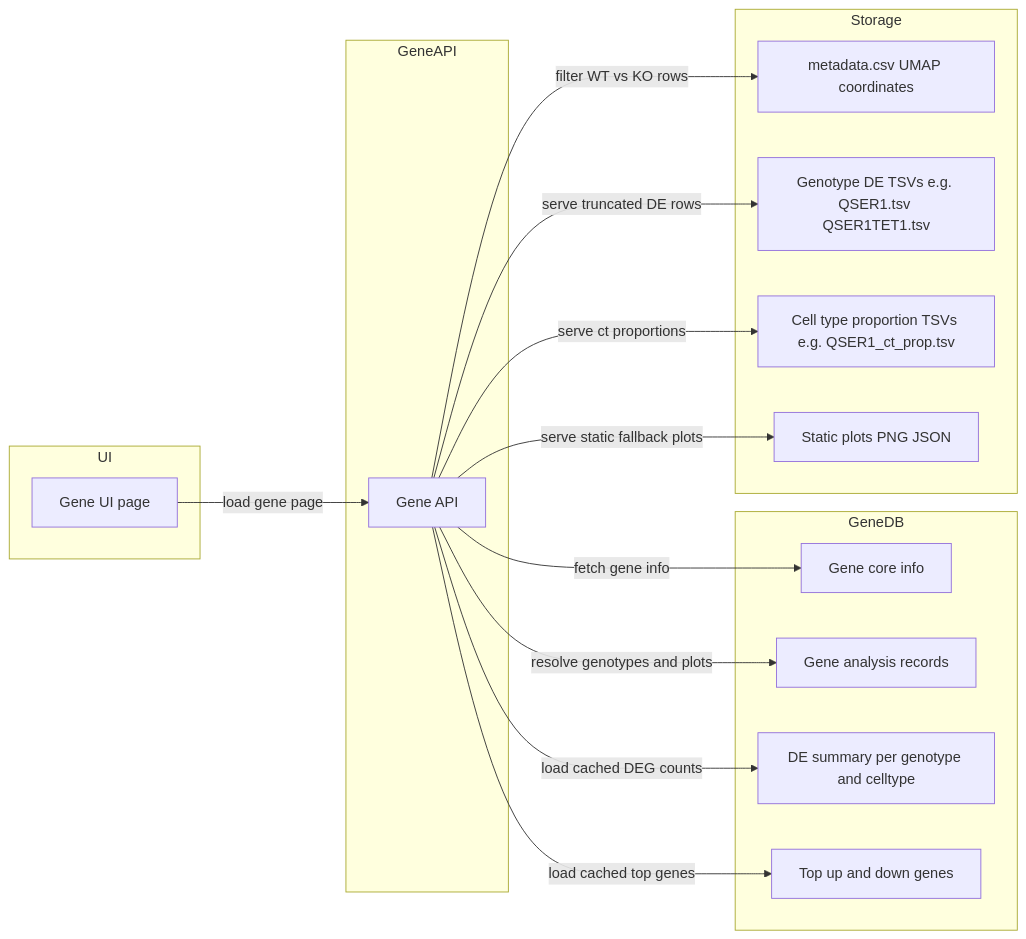
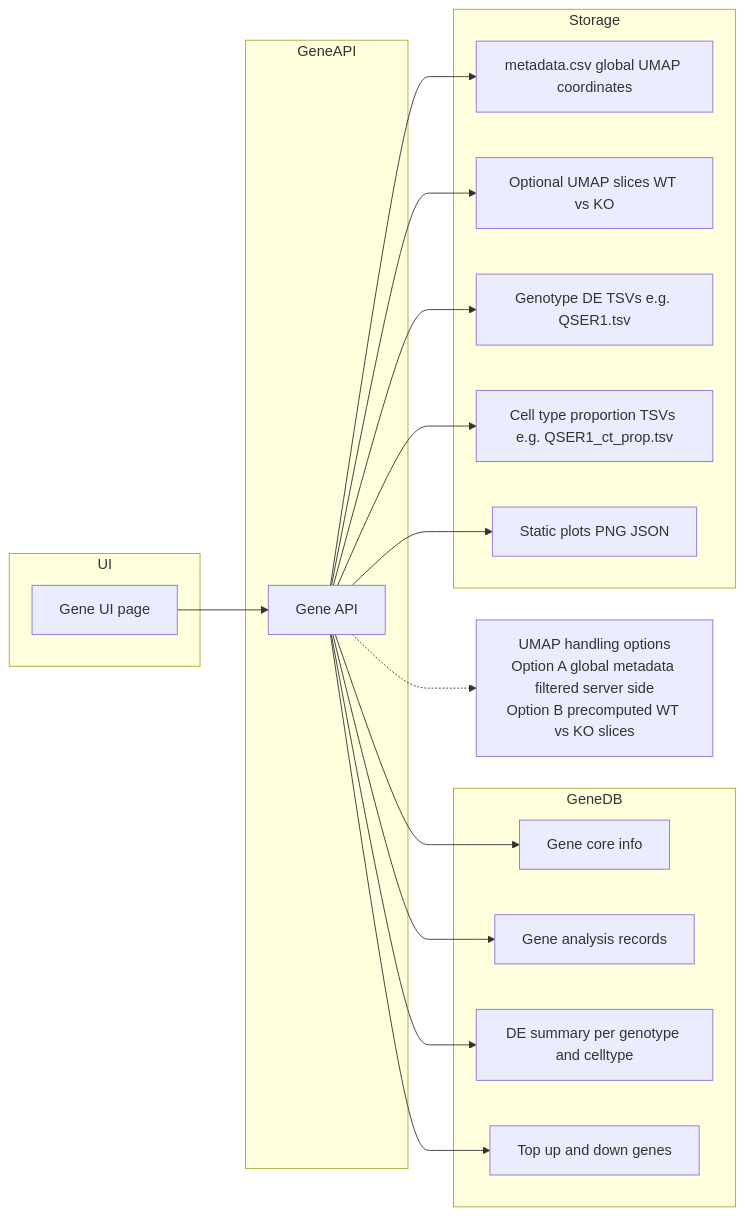
The second of 3 diagrams in react-app/README.md (ebi-ait/morphic-website), drawn with Mermaid before and after one commit.

Commit message:
Document Gene API–based architecture with UMAP handling options

````diff
--- a/react-app/README.md
+++ b/react-app/README.md
@@ -151,40 +151,45 @@
 ```mermaid
 flowchart LR
     subgraph UI
         UI_MAIN[Gene UI page]
     end
 
     subgraph GeneAPI
         API[Gene API]
     end
 
     subgraph GeneDB
         G[Gene core info]
         ANALYSIS[Gene analysis records]
         DE_SUM[DE summary per genotype and celltype]
         TOP[Top up and down genes]
     end
 
     subgraph Storage
-        META[metadata.csv UMAP coordinates]
-        DE_TSV[Genotype DE TSVs e.g. QSER1.tsv QSER1TET1.tsv]
+        META[metadata.csv global UMAP coordinates]
+        UMAP_SLICE[Optional UMAP slices WT vs KO]
+        DE_TSV[Genotype DE TSVs e.g. QSER1.tsv]
         CT_PROP[Cell type proportion TSVs e.g. QSER1_ct_prop.tsv]
         PLOTS[Static plots PNG JSON]
     end
 
-%% UI -> API
-    UI_MAIN -->|load gene page| API
+%% Main flow
+    UI_MAIN --> API
 
-%% API -> DB
-    API -->|fetch gene info| G
-    API -->|resolve genotypes and plots| ANALYSIS
-    API -->|load cached DEG counts| DE_SUM
-    API -->|load cached top genes| TOP
+    API --> G
+    API --> ANALYSIS
+    API --> DE_SUM
+    API --> TOP
 
-%% API -> Storage
-    API -->|filter WT vs KO rows| META
-    API -->|serve truncated DE rows| DE_TSV
-    API -->|serve ct proportions| CT_PROP
-    API -->|serve static fallback plots| PLOTS
+    API --> META
+    API --> UMAP_SLICE
+    API --> DE_TSV
+    API --> CT_PROP
+    API --> PLOTS
+
+%% Right-side note
+    UMAP_NOTE[UMAP handling options\nOption A global metadata filtered server side\nOption B precomputed WT vs KO slices]
+
+    API -.-> UMAP_NOTE
 
 ```
````
